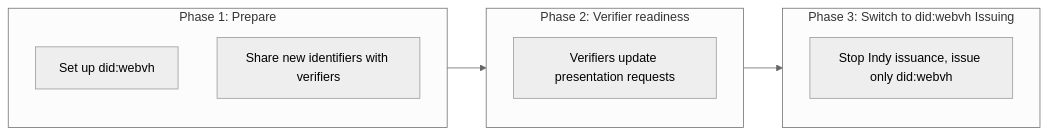
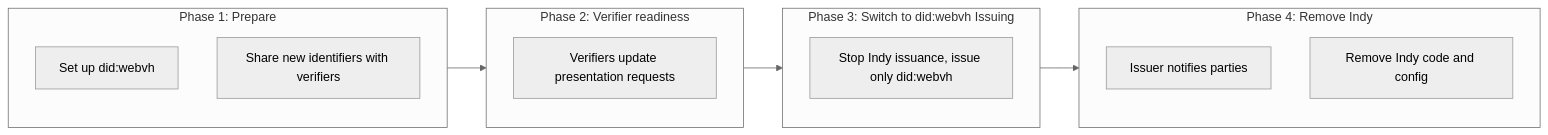
One commit to openwallet-foundation/acapy changed the diagram in docs/deploying/IndyToWebVHMigration.md. Above: the diagram before and after it, drawn with Mermaid (neutral theme). The commit also changed other lines of this file and 1 other file, not shown here.

First line of the commit message:
docs: address PR feedback on Indy to did:webvh migration guide

````diff
--- a/docs/deploying/IndyToWebVHMigration.md
+++ b/docs/deploying/IndyToWebVHMigration.md
@@ -122,14 +130,18 @@
 ```mermaid
 flowchart LR
     subgraph phase1 ["Phase 1: Prepare"]
         Setup["Set up did:webvh"]
         Share["Share new identifiers with verifiers"]
     end
     subgraph phase2 ["Phase 2: Verifier readiness"]
         Wait["Verifiers update presentation requests"]
     end
     subgraph phase3 ["Phase 3: Switch to did:webvh Issuing"]
         Cutover["Stop Indy issuance, issue only did:webvh"]
     end
-    phase1 --> phase2 --> phase3
+    subgraph phase4 ["Phase 4: Remove Indy"]
+        Notify["Issuer notifies parties"]
+        Remove["Remove Indy code and config"]
+    end
+    phase1 --> phase2 --> phase3 --> phase4
 ```
````
